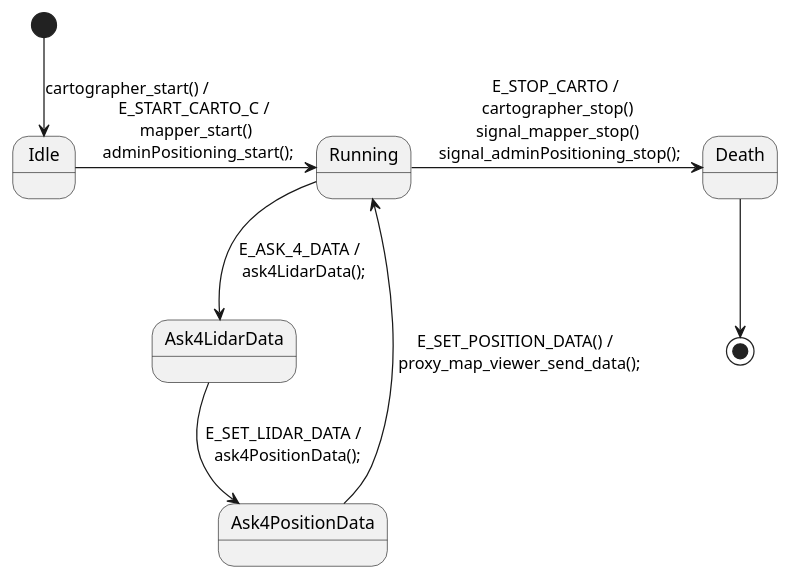
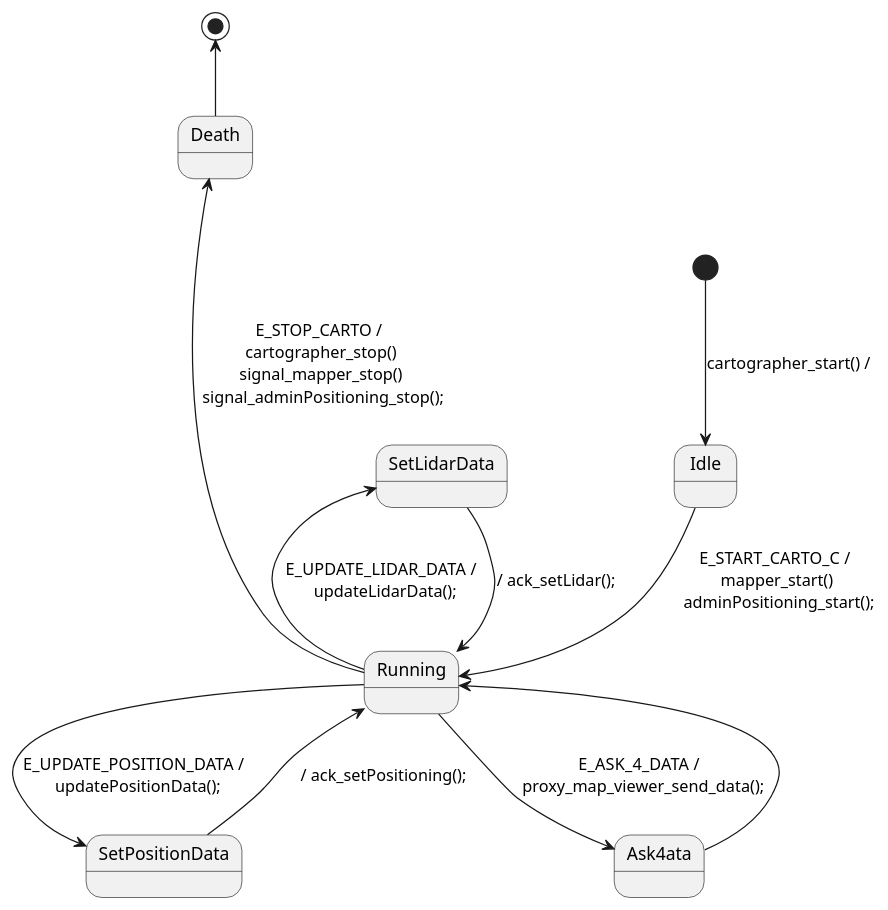
Before and after one commit to arnaudHin/PFE-ScoutBOT: the diagram in Documentation/images/MAE/cartographer.puml, drawn with PlantUML. The commit also changed 12 other files, not shown here.

Commit message:
[MODIFY] mapper carto positioning classes

```diff
--- a/Documentation/images/MAE/cartographer.puml
+++ b/Documentation/images/MAE/cartographer.puml
@@ -3,14 +3,21 @@
 @startuml cartographer
 
 [*] --> Idle : cartographer_start() / 
 
-Idle -> Running : E_START_CARTO_C / \n mapper_start() \n adminPositioning_start();
-Running --> Ask4LidarData : E_ASK_4_DATA / \n ask4LidarData();
+Idle --> Running : E_START_CARTO_C / \n mapper_start() \n adminPositioning_start();
 
-Ask4LidarData --> Ask4PositionData : E_SET_LIDAR_DATA / \n ask4PositionData();
-Ask4PositionData --> Running : E_SET_POSITION_DATA() / \n proxy_map_viewer_send_data();
-Running -> Death : E_STOP_CARTO / \n cartographer_stop() \n signal_mapper_stop() \n signal_adminPositioning_stop();
+Running -l-> SetLidarData : E_UPDATE_LIDAR_DATA / \n updateLidarData();
+SetLidarData --> Running : / ack_setLidar();
 
-Death --> [*]
+Running --> SetPositionData : E_UPDATE_POSITION_DATA / \n updatePositionData();
+SetPositionData --> Running : / ack_setPositioning();
+
+
+Running --> Ask4ata : E_ASK_4_DATA / \n proxy_map_viewer_send_data();
+Ask4ata --> Running
+
+Running --up--> Death : E_STOP_CARTO / \n cartographer_stop() \n signal_mapper_stop() \n signal_adminPositioning_stop();
+
+Death -up-> [*]
 
 @enduml
```
